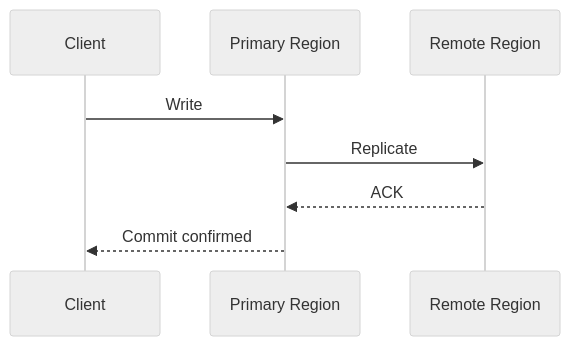
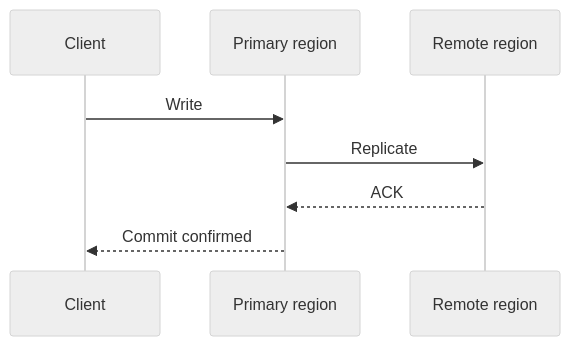
One commit to mohllal/system-design-interview-prep changed the second of 5 diagrams in advanced/02-multi-region-replication.md. Above: the diagram before and after it, drawn with Mermaid (neutral theme). The commit also changed other lines of this file and 6 other files, not shown here.

````diff
--- a/advanced/02-multi-region-replication.md
+++ b/advanced/02-multi-region-replication.md
@@ -121,11 +159,11 @@
 ```mermaid
 sequenceDiagram
     participant C as Client
-    participant P as Primary Region
-    participant R as Remote Region
+    participant P as Primary region
+    participant R as Remote region
 
     C->>P: Write
     P->>R: Replicate
     R-->>P: ACK
     P-->>C: Commit confirmed
 ```
````
